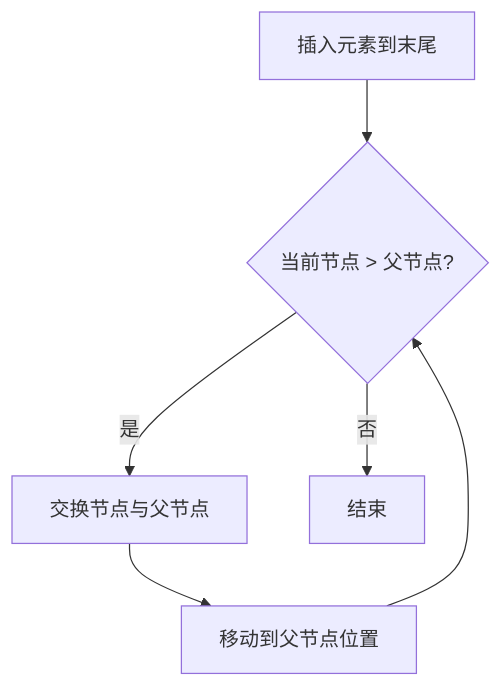
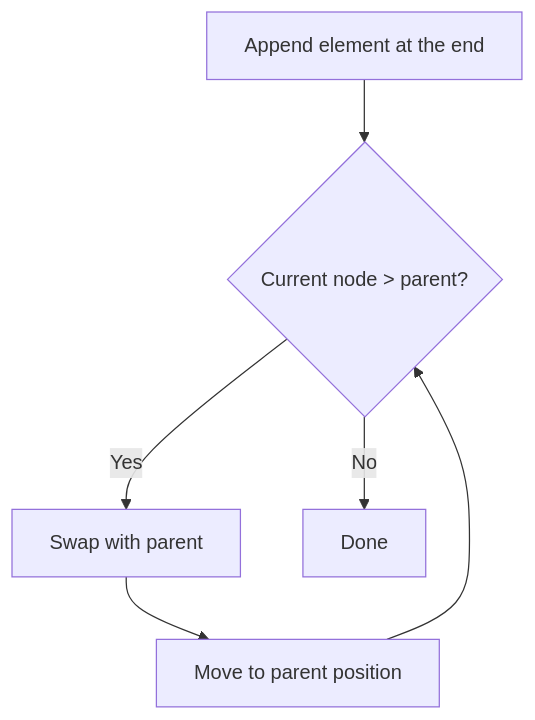
The first of 2 diagrams in README.md (anjuxi/C-heap), drawn with Mermaid before and after one commit. The commit also changed other lines of this file, not shown here.

````diff
--- a/README.md
+++ b/README.md
@@ -115,8 +117,8 @@
 ```mermaid
 flowchart TD
-    A[插入元素到末尾] --> B{当前节点 > 父节点?}
-    B -->|是| C[交换节点与父节点]
-    C --> D[移动到父节点位置]
+    A[Append element at the end] --> B{Current node > parent?}
+    B -->|Yes| C[Swap with parent]
+    C --> D[Move to parent position]
     D --> B
-    B -->|否| E[结束]
+    B -->|No| E[Done]
 ```
````
